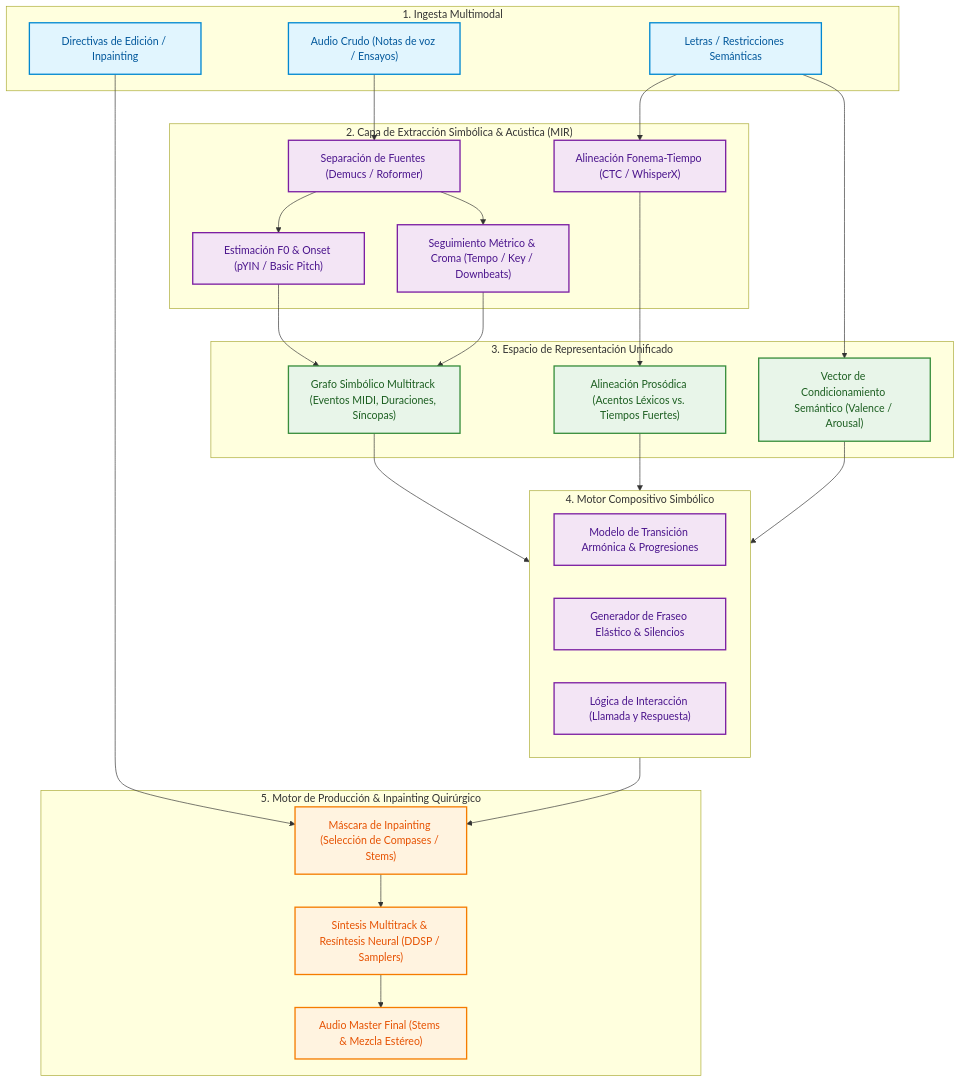
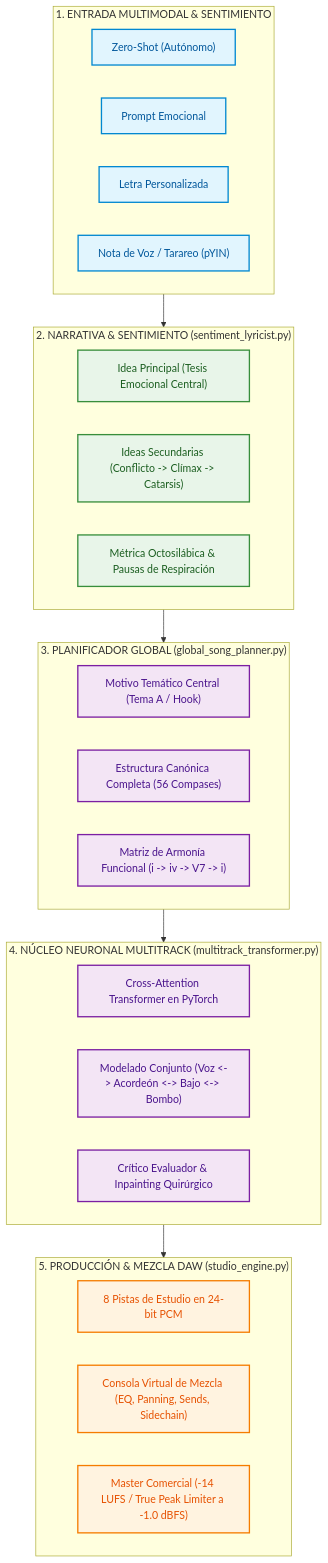
The diagram in README.md (emilianorlando-collab/song_ai_composer), drawn with Mermaid before and after one commit. The commit also changed other lines of this file, not shown here.

Commit message:
docs: comprehensive update of README with studio architecture, holistic modeling, and documented trial results

````diff
--- a/README.md
+++ b/README.md
@@ -13,57 +22,43 @@
 ```mermaid
 flowchart TD
     classDef inputStyle fill:#e1f5fe,stroke:#0288d1,stroke-width:2px,color:#01579b;
     classDef layerStyle fill:#f3e5f5,stroke:#7b1fa2,stroke-width:2px,color:#4a148c;
     classDef repStyle fill:#e8f5e9,stroke:#388e3c,stroke-width:2px,color:#1b5e20;
     classDef prodStyle fill:#fff3e0,stroke:#f57c00,stroke-width:2px,color:#e65100;
 
-    subgraph Inputs["1. Ingesta Multimodal"]
-        InAudio["Audio Crudo (Notas de voz / Ensayos)"]:::inputStyle
-        InText["Letras / Restricciones Semánticas"]:::inputStyle
-        InDirectives["Directivas de Edición / Inpainting"]:::inputStyle
+    subgraph Inputs["1. ENTRADA MULTIMODAL & SENTIMIENTO"]
+        InZero["Zero-Shot (Autónomo)"]:::inputStyle
+        InPrompt["Prompt Emocional"]:::inputStyle
+        InLyrics["Letra Personalizada"]:::inputStyle
+        InAudio["Nota de Voz / Tarareo (pYIN)"]:::inputStyle
     end
 
-    subgraph MIR["2. Capa de Extracción Simbólica & Acústica (MIR)"]
-        Demucs["Separación de Fuentes (Demucs / Roformer)"]:::layerStyle
-        PitchTracker["Estimación F0 & Onset (pYIN / Basic Pitch)"]:::layerStyle
-        BeatTracker["Seguimiento Métrico & Croma (Tempo / Key / Downbeats)"]:::layerStyle
-        ForcedAligner["Alineación Fonema-Tiempo (CTC / WhisperX)"]:::layerStyle
+    subgraph Narrative["2. NARRATIVA & SENTIMIENTO (sentiment_lyricist.py)"]
+        CoreIdea["Idea Principal (Tesis Emocional Central)"]:::repStyle
+        SecIdeas["Ideas Secundarias (Conflicto -> Clímax -> Catarsis)"]:::repStyle
+        PoeticMetric["Métrica Octosilábica & Pausas de Respiración"]:::repStyle
     end
 
-    subgraph Representation["3. Espacio de Representación Unificado"]
-        ScoreGraph["Grafo Simbólico Multitrack (Eventos MIDI, Duraciones, Síncopas)"]:::repStyle
-        ProsodyMap["Alineación Prosódica (Acentos Léxicos vs. Tiempos Fuertes)"]:::repStyle
-        EmotionVector["Vector de Condicionamiento Semántico (Valence / Arousal)"]:::repStyle
+    subgraph Macro["3. PLANIFICADOR GLOBAL (global_song_planner.py)"]
+        MotifA["Motivo Temático Central (Tema A / Hook)"]:::layerStyle
+        CanonicalForm["Estructura Canónica Completa (56 Compases)"]:::layerStyle
+        HarmonicMath["Matriz de Armonía Funcional (i -> iv -> V7 -> i)"]:::layerStyle
     end
 
-    subgraph Composer["4. Motor Compositivo Simbólico"]
-        HarmonicEngine["Modelo de Transición Armónica & Progresiones"]:::layerStyle
-        PhrasingEngine["Generador de Fraseo Elástico & Silencios"]:::layerStyle
-        DialogueEngine["Lógica de Interacción (Llamada y Respuesta)"]:::layerStyle
+    subgraph NeuralCore["4. NÚCLEO NEURONAL MULTITRACK (multitrack_transformer.py)"]
+        MultiStream["Cross-Attention Transformer en PyTorch"]:::layerStyle
+        JointModel["Modelado Conjunto (Voz <-> Acordeón <-> Bajo <-> Bombo)"]:::layerStyle
+        CriticInpaint["Crítico Evaluador & Inpainting Quirúrgico"]:::layerStyle
     end
 
-    subgraph Studio["5. Motor de Producción & Inpainting Quirúrgico"]
-        MaskController["Máscara de Inpainting (Selección de Compases / Stems)"]:::prodStyle
-        NeuralSynth["Síntesis Multitrack & Resíntesis Neural (DDSP / Samplers)"]:::prodStyle
-        MasterOut["Audio Master Final (Stems & Mezcla Estéreo)"]:::prodStyle
+    subgraph StudioEngine["5. PRODUCCIÓN & MEZCLA DAW (studio_engine.py)"]
+        Stems8["8 Pistas de Estudio en 24-bit PCM"]:::prodStyle
+        VirtualConsole["Consola Virtual de Mezcla (EQ, Panning, Sends, Sidechain)"]:::prodStyle
+        MasterOut["Master Comercial (-14 LUFS / True Peak Limiter a -1.0 dBFS)"]:::prodStyle
     end
 
-    InAudio --> Demucs
-    Demucs --> PitchTracker
-    Demucs --> BeatTracker
-    InText --> ForcedAligner
-    
-    PitchTracker --> ScoreGraph
-    BeatTracker --> ScoreGraph
-    ForcedAligner --> ProsodyMap
-    InText --> EmotionVector
-
-    ScoreGraph --> Composer
-    ProsodyMap --> Composer
-    EmotionVector --> Composer
-
-    Composer --> MaskController
-    InDirectives --> MaskController
-    MaskController --> NeuralSynth
-    NeuralSynth --> MasterOut
+    Inputs --> Narrative
+    Narrative --> Macro
+    Macro --> NeuralCore
+    NeuralCore --> StudioEngine
 ```
````
